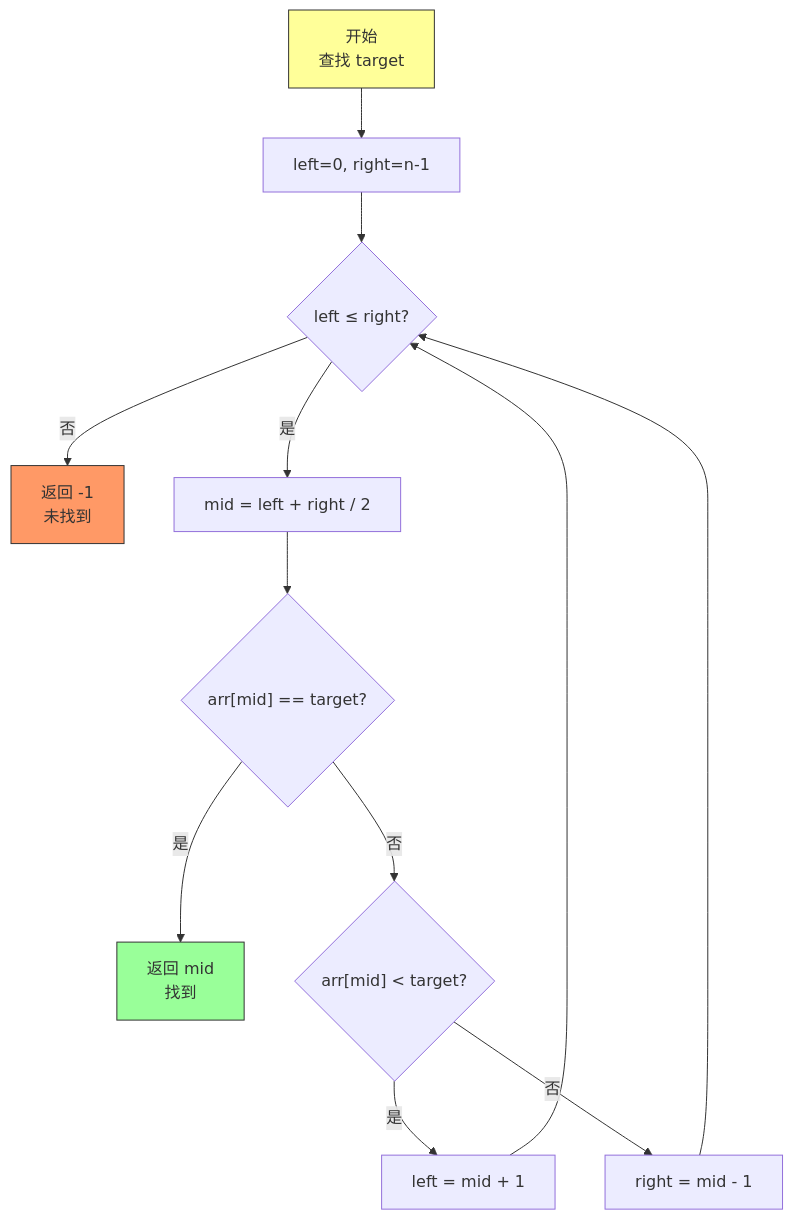
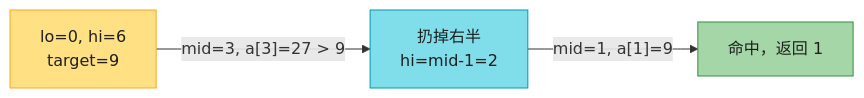
Before and after one commit to socoo123/book_reading: the fourth of 7 diagrams in IntroductionToAlgorithms/Chapter04_分治策略_深度版.md, drawn with Mermaid. The commit also changed other lines of this file and 30 other files, not shown here.

````diff
--- a/IntroductionToAlgorithms/Chapter04_分治策略_深度版.md
+++ b/IntroductionToAlgorithms/Chapter04_分治策略_深度版.md
@@ -506,18 +210,12 @@
 ```mermaid
-flowchart TD
-    A["开始<br/>查找 target"] --> B["left=0, right=n-1"]
-    B --> C{"left ≤ right?"}
-    C -->|否| D["返回 -1<br/>未找到"]
-    C -->|是| E["mid = left + right / 2"]
-    E --> F{"arr[mid] == target?"}
-    F -->|是| G["返回 mid<br/>找到"]
-    F -->|否| H{"arr[mid] < target?"}
-    H -->|是| I["left = mid + 1"]
-    H -->|否| J["right = mid - 1"]
-    I --> C
-    J --> C
+graph LR
+    A["lo=0, hi=6<br/>target=9"] -->|"mid=3, a[3]=27 > 9"| B["扔掉右半<br/>hi=mid-1=2"]
+    B -->|"mid=1, a[1]=9"| C["命中，返回 1"]
 
-    style A fill:#ff9,stroke:#333
-    style G fill:#9f9,stroke:#333
-    style D fill:#f96,stroke:#333
+    classDef range fill:#FFE082,stroke:#F9A825,color:#1f1f1f
+    classDef step fill:#80DEEA,stroke:#0097A7,color:#1f1f1f
+    classDef hit fill:#A5D6A7,stroke:#388E3C,color:#1f1f1f
+    class A range
+    class B step
+    class C hit
 ```
````
